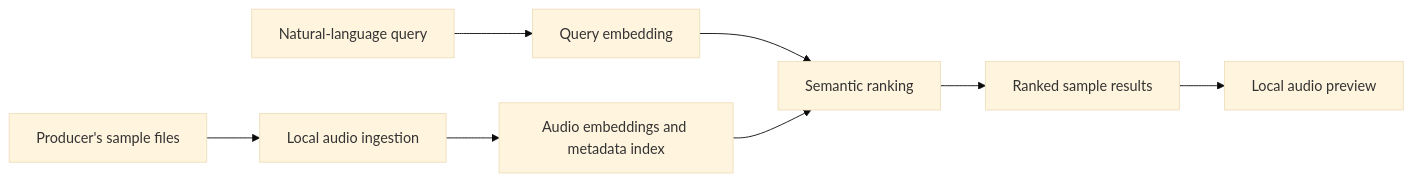
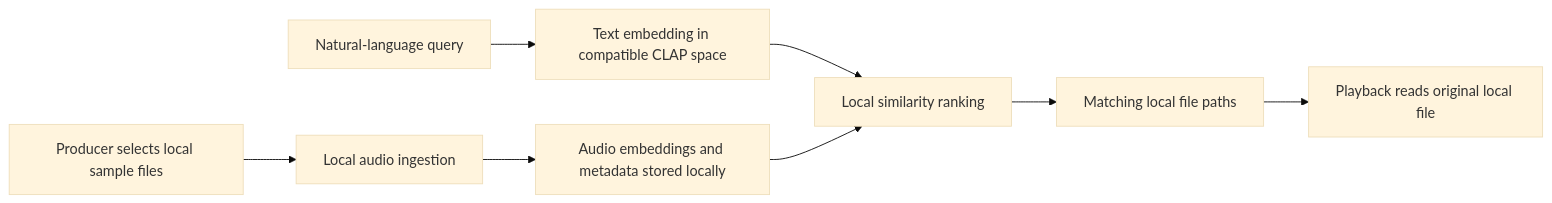
The diagram in docs/architecture.md (Jamez43/Sample-Scout-Demo), drawn with Mermaid (base theme) before and after one commit. The commit also changed other lines of this file and 5 other files, not shown here.

````diff
--- a/docs/architecture.md
+++ b/docs/architecture.md
@@ -5,10 +5,10 @@
 ```mermaid
 flowchart LR
-  A[Producer's sample files] --> B[Local audio ingestion]
-  B --> C[Audio embeddings and metadata index]
-  D[Natural-language query] --> E[Query embedding]
-  E --> F[Semantic ranking]
+  A[Producer selects local sample files] --> B[Local audio ingestion]
+  B --> C[Audio embeddings and metadata stored locally]
+  D[Natural-language query] --> E[Text embedding in compatible CLAP space]
+  E --> F[Local similarity ranking]
   C --> F
-  F --> G[Ranked sample results]
-  G --> H[Local audio preview]
+  F --> G[Matching local file paths]
+  G --> H[Playback reads original local file]
 ```
````
